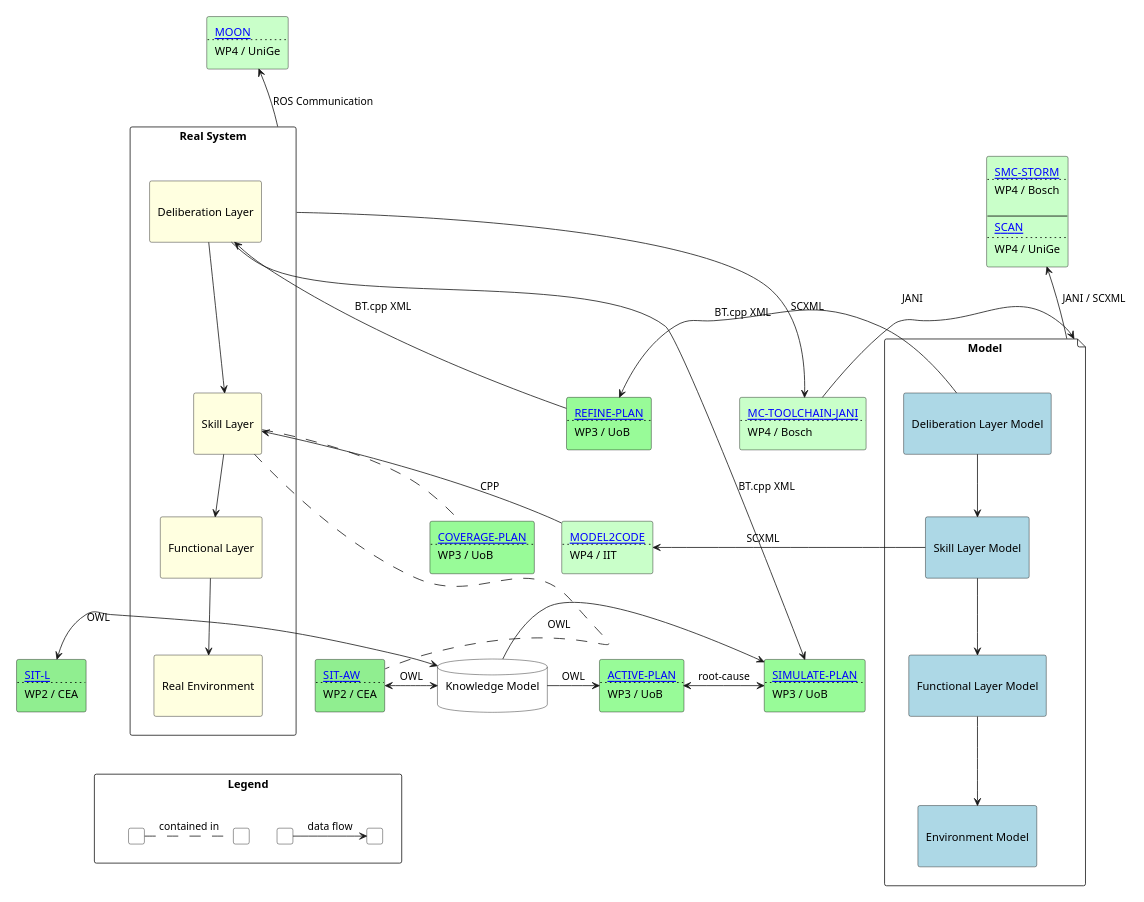
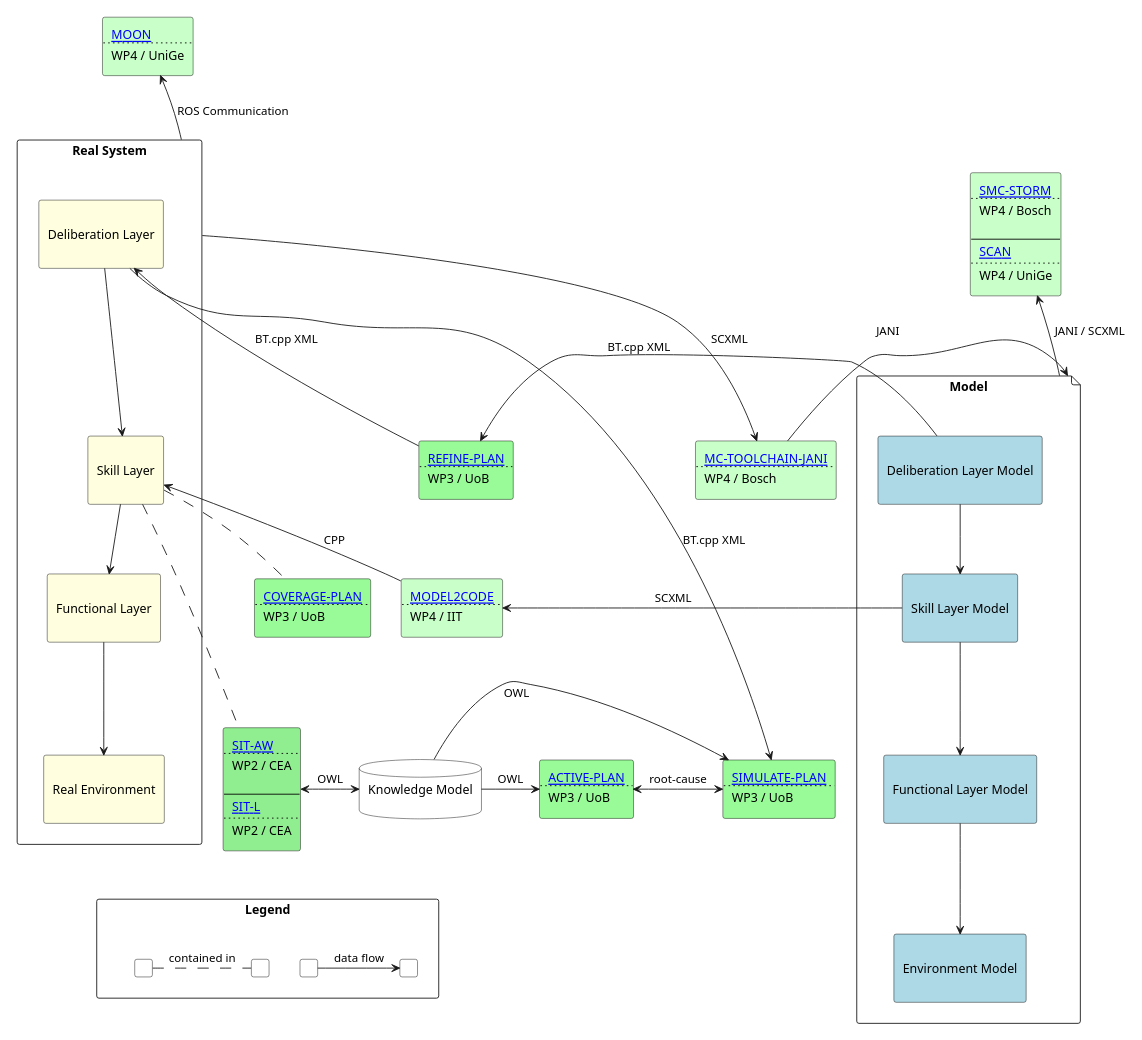
The diagram in docs/source/overview.plantuml (convince-project/overview), drawn with PlantUML before and after one commit. The commit also changed 1 other file, not shown here.

```diff
--- a/docs/source/overview.plantuml
+++ b/docs/source/overview.plantuml
@@ -1,150 +1,148 @@
 @startuml overview
 scale 700 width
 
 skinparam agent {
     BackgroundColor White
     BorderColor Black
 }
 skinparam database {
     BackgroundColor White
     BorderColor Black
 }
 
 rectangle "Real System" as r {
     agent "\nDeliberation Layer\n" as rdelib #LightYellow
     agent "\nSkill Layer\n" as rskill #LightYellow
     agent "\nFunctional Layer\n" as rfunc #LightYellow
     agent "\nReal Environment\n" as renv #LightYellow
 
     rdelib --> rskill
     rskill --> rfunc
     rfunc --> renv
 }
 
 file "Model" as m {
     agent "\nDeliberation Layer Model\n" as mdelib #LightBlue
     agent "\nSkill Layer Model\n" as mskill #LightBlue
     agent "\nFunctional Layer Model\n" as mfunc #LightBlue
     agent "\nEnvironment Model\n" as menv #LightBlue
 
     mdelib --> mskill
     mskill --> mfunc
     mfunc --> menv
 }
 
 database "Knowledge Model\n" as k 
 
 ' WP2
 
 agent sitaw #LightGreen [
 [[https://convince-project.github.io/overview/#sit-aw SIT-AW]]
 ....
 WP2 / CEA
-]
-agent sitl #LightGreen [
+
+----
 [[https://convince-project.github.io/overview/#sit-l SIT-L]]
 ....
 WP2 / CEA
 ]
 ' }
 
 renv -[hidden]> sitaw
 rskill .. sitaw
 sitaw <-> k : OWL
-sitl <-> k : OWL
 
 
 ' WP3
 
 agent refineplan #PaleGreen [
 [[https://convince-project.github.io/overview/#refine-plan REFINE-PLAN]]
 ....
 WP3 / UoB
 ] 
 agent coverageplan #PaleGreen [
 [[https://convince-project.github.io/overview/#coverage-plan COVERAGE-PLAN]]
 ....
 WP3 / UoB
 ]
 agent activeplan #PaleGreen [
 [[https://convince-project.github.io/overview/#active-plan-simulate-plan ACTIVE-PLAN]]
 ....
 WP3 / UoB
 ] 
 agent simulateplan #PaleGreen [
 [[https://convince-project.github.io/overview/#active-plan-simulate-plan SIMULATE-PLAN]]
 ....
 WP3 / UoB
 ] 
 
 rskill .. coverageplan
 rfunc -[hidden]> coverageplan
 activeplan <-> simulateplan : root-cause
 mdelib -> refineplan : "\nBT.cpp XML"
 refineplan -> rdelib : "BT.cpp XML"
 rdelib -> simulateplan : "BT.cpp XML"
 k -> simulateplan : "\nOWL"
 k -> activeplan : OWL
 
 ' WP4
 
 agent moon #TECHNOLOGY [
 [[https://convince-project.github.io/overview/#moon MOON]]
 ....
 WP4 / UniGe
 ]
 ' ]
 agent stormscan #TECHNOLOGY [
 [[https://convince-project.github.io/overview/#smc-storm SMC-STORM]]
 ....
 WP4 / Bosch
 
 ----
 [[https://convince-project.github.io/overview/#scan SCAN]]
 ....
 WP4 / UniGe
 ]
 agent jani #TECHNOLOGY [
 [[https://convince-project.github.io/overview/#mc-toolchain-jani MC-TOOLCHAIN-JANI]]
 ....
 WP4 / Bosch
 ]
 agent modeltocode #TECHNOLOGY [
 [[https://convince-project.github.io/overview/#model2code MODEL2CODE]]
 ....
 WP4 / IIT
 ]
 
 moon -[hidden]-> rdelib
 moon <-- r : ROS Communication
 
 stormscan -[hidden]-> mdelib
 stormscan <-- m : "JANI / SCXML\n"
 
 r -> jani : "SCXML"
 jani -> m : "JANI\n"
 rskill <- modeltocode : "CPP"
 modeltocode <- mskill : "SCXML\t\t\t"
 coverageplan -[hidden]> modeltocode
 
 refineplan -[hidden]-> modeltocode
 
 
 rectangle Legend as legend {
     agent a [
     ]
     agent b [
     ]
     a -> b : "data flow"
 
     agent c [
     ]
     agent d [
     ]
     c . d : "contained in"
 }
 
 renv -[hidden]-> legend
-sitl -[hidden]> legend
 
 @enduml
```
